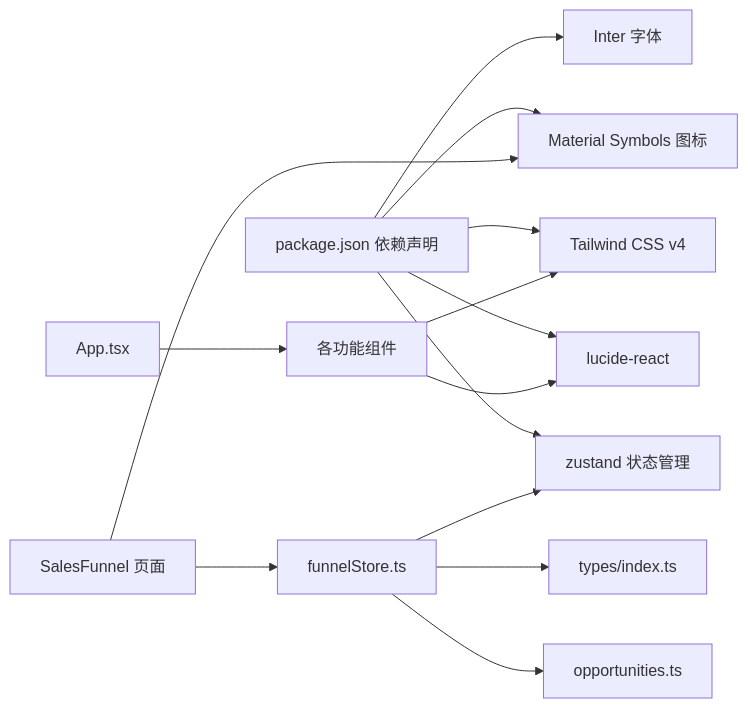
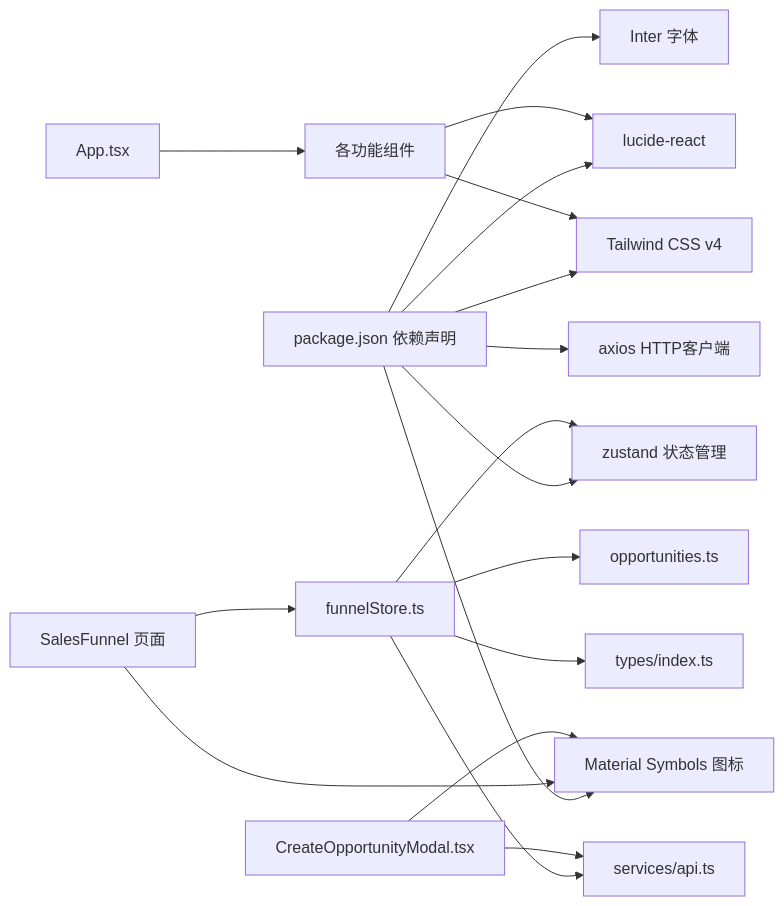
The third of 3 diagrams in .qoder/repowiki/zh/content/UI_UX设计/组件库规范/组件库规范.md (xianjianshenqu/SalesFlow-CRM), drawn with Mermaid before and after one commit. The commit also changed other lines of this file and 28 other files, not shown here.

````diff
--- a/.qoder/repowiki/zh/content/UI_UX设计/组件库规范/组件库规范.md
+++ b/.qoder/repowiki/zh/content/UI_UX设计/组件库规范/组件库规范.md
@@ -351,28 +409,35 @@
 ```mermaid
 graph LR
 PKG["package.json 依赖声明"]
 LUCIDE["lucide-react"]
 TW["Tailwind CSS v4"]
 INTER["Inter 字体"]
 ZUSTAND["zustand 状态管理"]
 MS["Material Symbols 图标"]
+AXIOS["axios HTTP客户端"]
 APP["App.tsx"]
 CMPS["各功能组件"]
 PAGE["SalesFunnel 页面"]
 STORE["funnelStore.ts"]
 DATA["opportunities.ts"]
 TYPES["types/index.ts"]
+API["services/api.ts"]
+CREATE_OPPORTUNITY["CreateOpportunityModal.tsx"]
 PKG --> LUCIDE
 PKG --> TW
 PKG --> INTER
 PKG --> ZUSTAND
 PKG --> MS
+PKG --> AXIOS
 APP --> CMPS
 PAGE --> STORE
 STORE --> ZUSTAND
 STORE --> DATA
 STORE --> TYPES
+STORE --> API
+CREATE_OPPORTUNITY --> API
 CMPS --> LUCIDE
 CMPS --> TW
 PAGE --> MS
+CREATE_OPPORTUNITY --> MS
 ```
````
